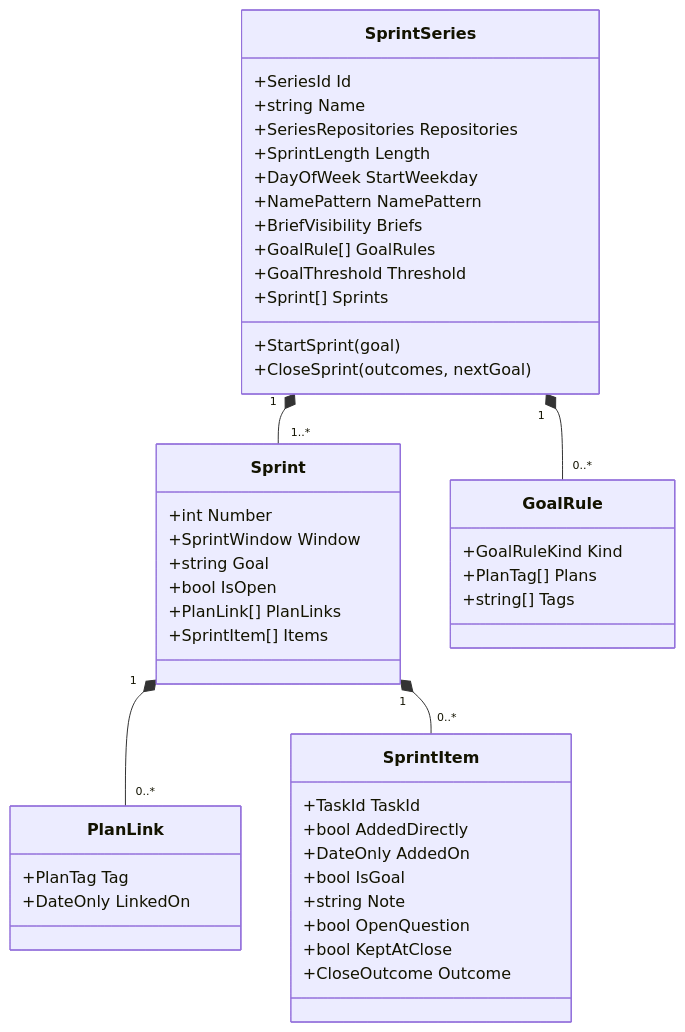
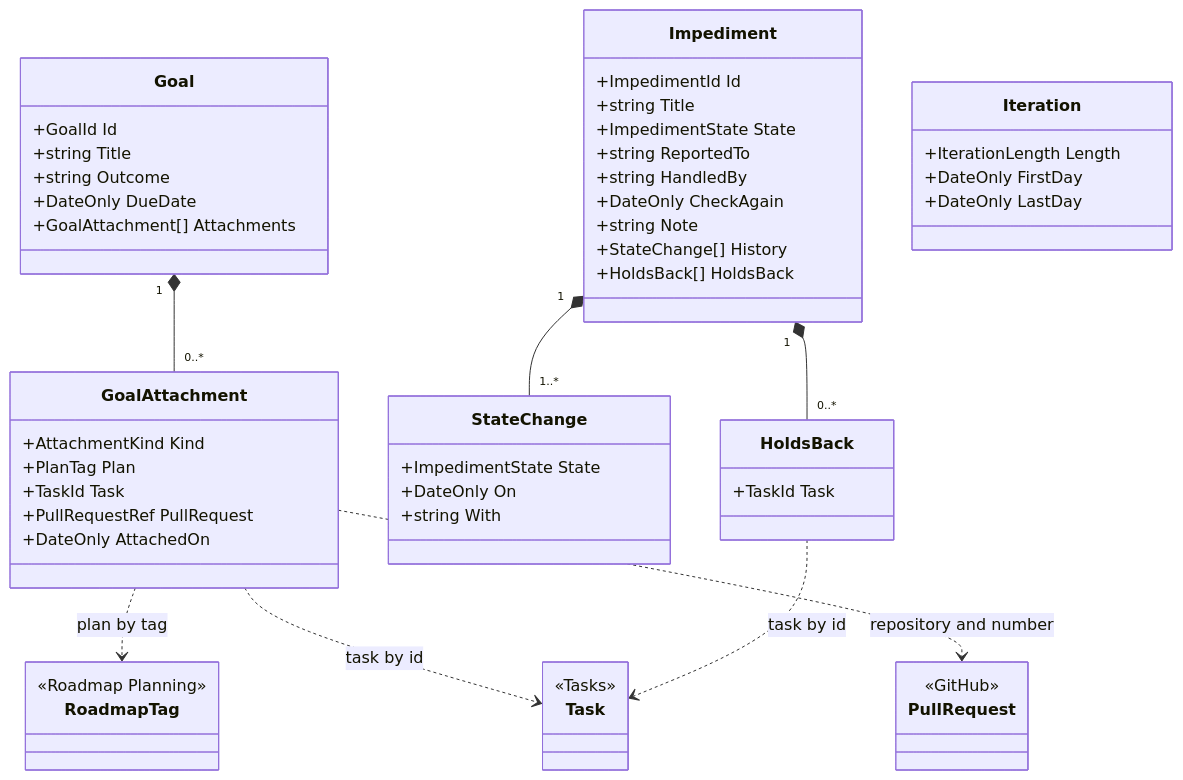
Before and after one commit to JSdotNet/Backlog: the diagram in .devbook/domain/progress/model.md, drawn with Mermaid. The commit also changed other lines of this file and 21 other files, not shown here.

````diff
--- a/.devbook/domain/progress/model.md
+++ b/.devbook/domain/progress/model.md
@@ -17,53 +16,64 @@
 ```mermaid
 classDiagram
-    class SprintSeries {
-        +SeriesId Id
-        +string Name
-        +SeriesRepositories Repositories
-        +SprintLength Length
-        +DayOfWeek StartWeekday
-        +NamePattern NamePattern
-        +BriefVisibility Briefs
-        +GoalRule[] GoalRules
-        +GoalThreshold Threshold
-        +Sprint[] Sprints
-        +StartSprint(goal)
-        +CloseSprint(outcomes, nextGoal)
+    class Goal {
+        +GoalId Id
+        +string Title
+        +string Outcome
+        +DateOnly DueDate
+        +GoalAttachment[] Attachments
     }
 
-    class Sprint {
-        +int Number
-        +SprintWindow Window
-        +string Goal
-        +bool IsOpen
-        +PlanLink[] PlanLinks
-        +SprintItem[] Items
+    class GoalAttachment {
+        +AttachmentKind Kind
+        +PlanTag Plan
+        +TaskId Task
+        +PullRequestRef PullRequest
+        +DateOnly AttachedOn
     }
 
-    class SprintItem {
-        +TaskId TaskId
-        +bool AddedDirectly
-        +DateOnly AddedOn
-        +bool IsGoal
+    class Impediment {
+        +ImpedimentId Id
+        +string Title
+        +ImpedimentState State
+        +string ReportedTo
+        +string HandledBy
+        +DateOnly CheckAgain
         +string Note
-        +bool OpenQuestion
-        +bool KeptAtClose
-        +CloseOutcome Outcome
+        +StateChange[] History
+        +HoldsBack[] HoldsBack
     }
 
-    class PlanLink {
-        +PlanTag Tag
-        +DateOnly LinkedOn
+    class StateChange {
+        +ImpedimentState State
+        +DateOnly On
+        +string With
     }
 
-    class GoalRule {
-        +GoalRuleKind Kind
-        +PlanTag[] Plans
-        +string[] Tags
+    class HoldsBack {
+        +TaskId Task
     }
 
-    SprintSeries "1" *-- "1..*" Sprint
-    Sprint "1" *-- "0..*" PlanLink
-    Sprint "1" *-- "0..*" SprintItem
-    SprintSeries "1" *-- "0..*" GoalRule
+    class Iteration {
+        +IterationLength Length
+        +DateOnly FirstDay
+        +DateOnly LastDay
+    }
+
+    class Task {
+        <<Tasks>>
+    }
+    class RoadmapTag {
+        <<Roadmap Planning>>
+    }
+    class PullRequest {
+        <<GitHub>>
+    }
+
+    Goal "1" *-- "0..*" GoalAttachment
+    Impediment "1" *-- "1..*" StateChange
+    Impediment "1" *-- "0..*" HoldsBack
+    GoalAttachment ..> RoadmapTag : plan by tag
+    GoalAttachment ..> Task : task by id
+    GoalAttachment ..> PullRequest : repository and number
+    HoldsBack ..> Task : task by id
 ```
````
